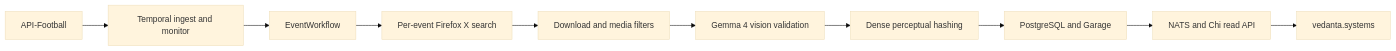
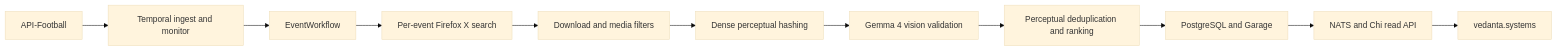
The diagram in README.md (vedantadhobley/found-footy), drawn with Mermaid (base theme) before and after one commit. The commit also changed other lines of this file and 7 other files, not shown here.

````diff
--- a/README.md
+++ b/README.md
@@ -16,12 +16,13 @@
 ```mermaid
 flowchart LR
     API[API-Football] --> INGEST[Temporal ingest and monitor]
     INGEST --> EVENT[EventWorkflow]
     EVENT --> SEARCH[Per-event Firefox X search]
     SEARCH --> MEDIA[Download and media filters]
-    MEDIA --> VISION[Gemma 4 vision validation]
-    VISION --> HASH[Dense perceptual hashing]
-    HASH --> STORE[PostgreSQL and Garage]
+    MEDIA --> HASH[Dense perceptual hashing]
+    HASH --> VISION[Gemma 4 vision validation]
+    VISION --> DEDUP[Perceptual deduplication and ranking]
+    DEDUP --> STORE[PostgreSQL and Garage]
     STORE --> FEED[NATS and Chi read API]
     FEED --> UI[vedanta.systems]
 ```
````
